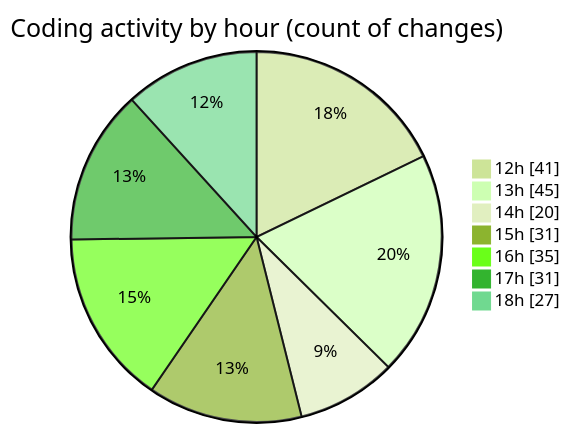
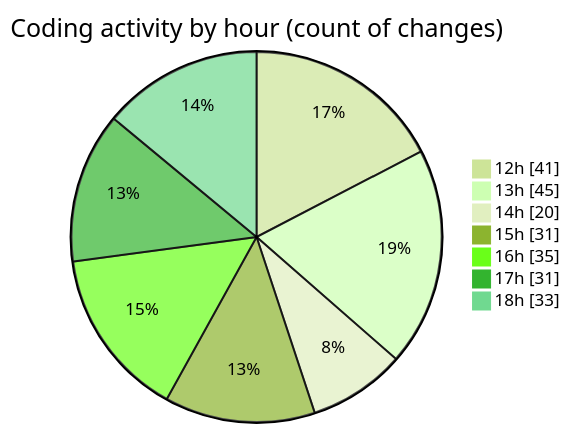
The second of 2 diagrams in 2025-12-02/cda/README.md (momahboobian/code-tracking), drawn with Mermaid (forest theme) before and after one commit. The commit also changed other lines of this file and 1 other file, not shown here.

````diff
--- a/2025-12-02/cda/README.md
+++ b/2025-12-02/cda/README.md
@@ -40,11 +43,11 @@
 ```mermaid
 pie showData
 title Coding activity by hour (count of changes)
 "12h" : 41
 "13h" : 45
 "14h" : 20
 "15h" : 31
 "16h" : 35
 "17h" : 31
-"18h" : 27
+"18h" : 33
 ```
````
